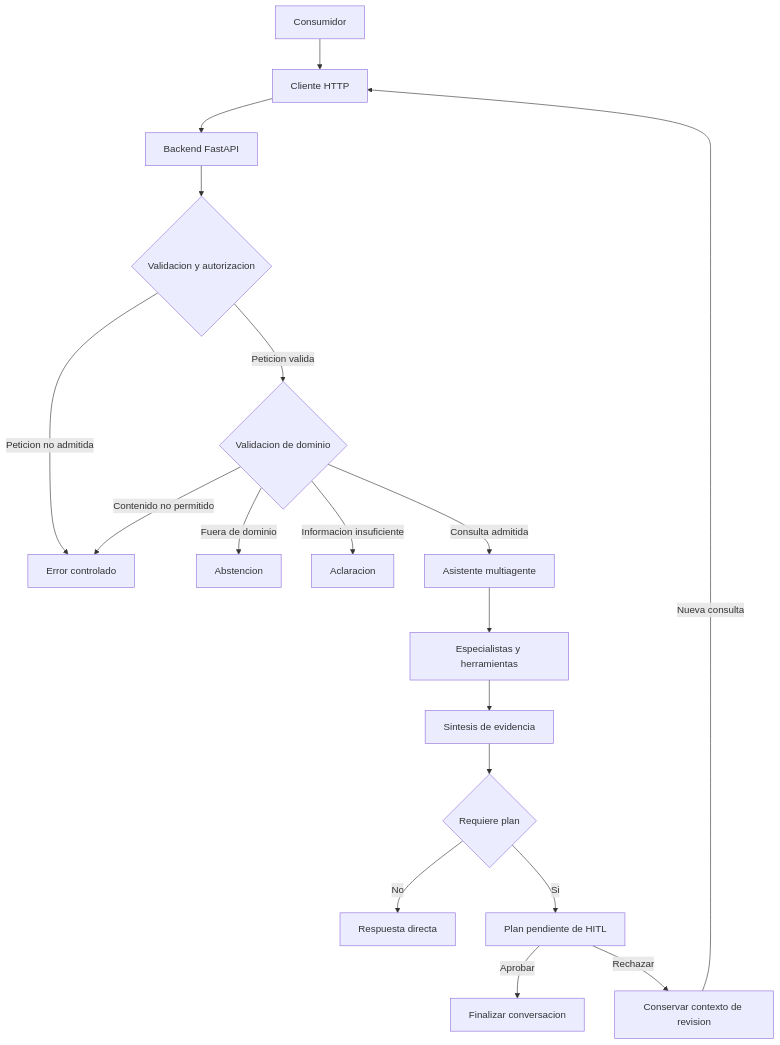
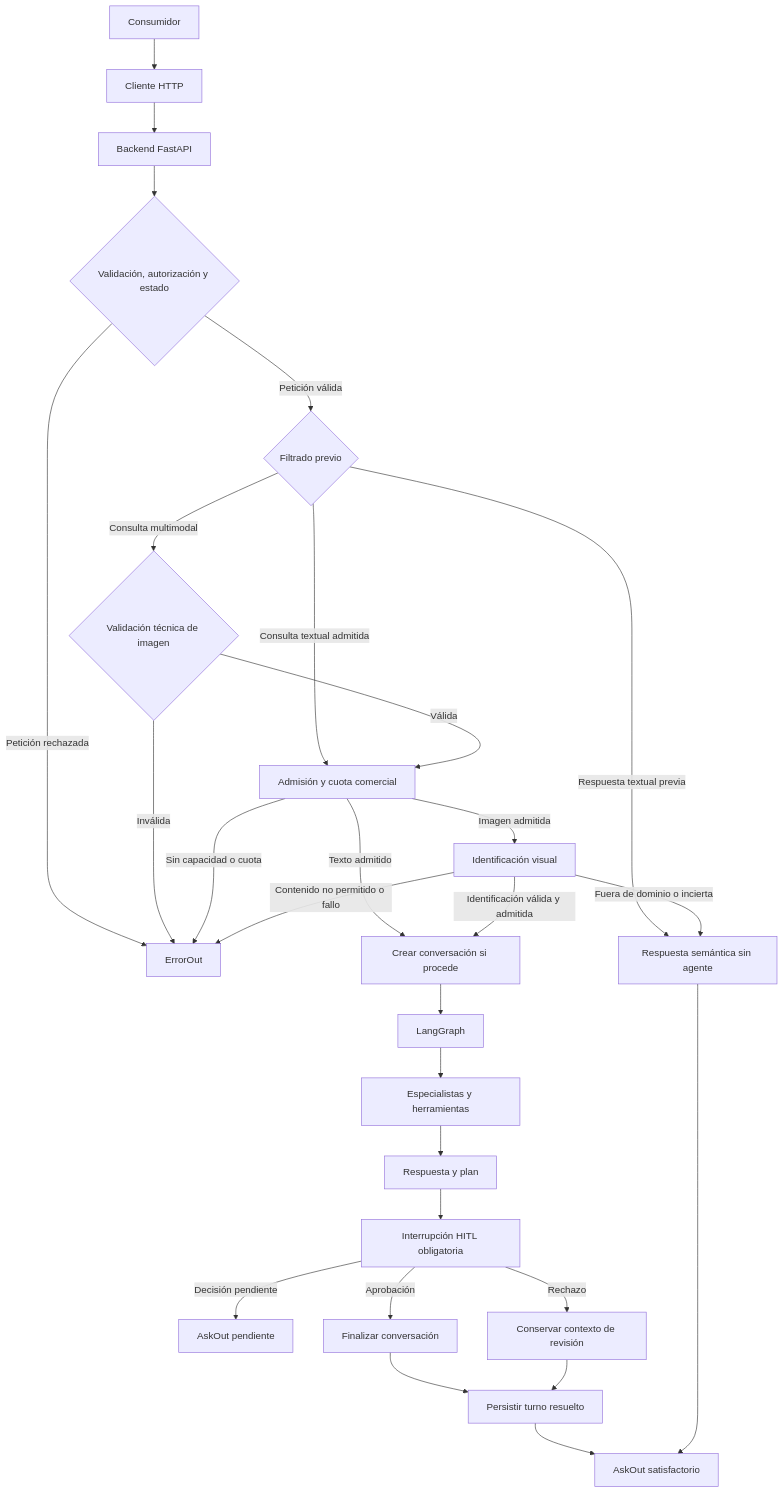
Before and after one commit to alex-bometon/pb03_equipo18: the diagram in specs/00-producto.md, drawn with Mermaid. The commit also changed other lines of this file and 3 other files, not shown here.

````diff
--- a/specs/00-producto.md
+++ b/specs/00-producto.md
@@ -222,20 +438,39 @@
-```mermaid
+```mermaid id="bs592k"
 flowchart TD
     U[Consumidor] --> C[Cliente HTTP]
     C --> B[Backend FastAPI]
-    B --> V{Validacion y autorizacion}
-    V -->|Peticion no admitida| E[Error controlado]
-    V -->|Peticion valida| D{Validacion de dominio}
-    D -->|Fuera de dominio| A[Abstencion]
-    D -->|Informacion insuficiente| Q[Aclaracion]
-    D -->|Contenido no permitido| E
-    D -->|Consulta admitida| G[Asistente multiagente]
+    B --> V{Validación, autorización y estado}
+
+    V -->|Petición rechazada| E[ErrorOut]
+    V -->|Petición válida| D{Filtrado previo}
+
+    D -->|Respuesta textual previa| A[Respuesta semántica sin agente]
+    D -->|Consulta textual admitida| W[Admisión y cuota comercial]
+    D -->|Consulta multimodal| T{Validación técnica de imagen}
+
+    T -->|Inválida| E
+    T -->|Válida| W
+
+    W -->|Sin capacidad o cuota| E
+    W -->|Texto admitido| N[Crear conversación si procede]
+    W -->|Imagen admitida| I[Identificación visual]
+
+    I -->|Fuera de dominio o incierta| A
+    I -->|Contenido no permitido o fallo| E
+    I -->|Identificación válida y admitida| N
+
+    N --> G[LangGraph]
     G --> S[Especialistas y herramientas]
-    S --> R[Sintesis de evidencia]
-    R --> P{Requiere plan}
-    P -->|No| X[Respuesta directa]
-    P -->|Si| H[Plan pendiente de HITL]
-    H -->|Aprobar| F[Finalizar conversacion]
-    H -->|Rechazar| N[Conservar contexto de revision]
-    N -->|Nueva consulta| C
+    S --> R[Respuesta y plan]
+    R --> H[Interrupción HITL obligatoria]
+
+    H -->|Decisión pendiente| P[AskOut pendiente]
+    H -->|Aprobación| F[Finalizar conversación]
+    H -->|Rechazo| Q[Conservar contexto de revisión]
+
+    F --> SQL[Persistir turno resuelto]
+    Q --> SQL
+    SQL --> O[AskOut satisfactorio]
+
+    A --> O
 ```
````
